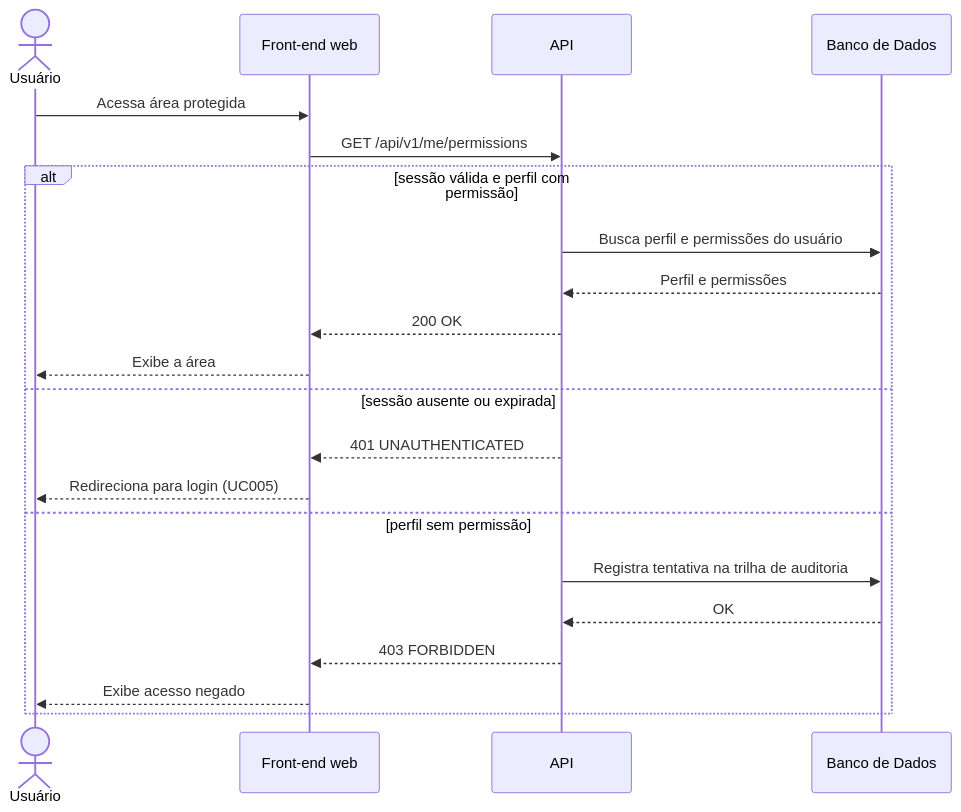
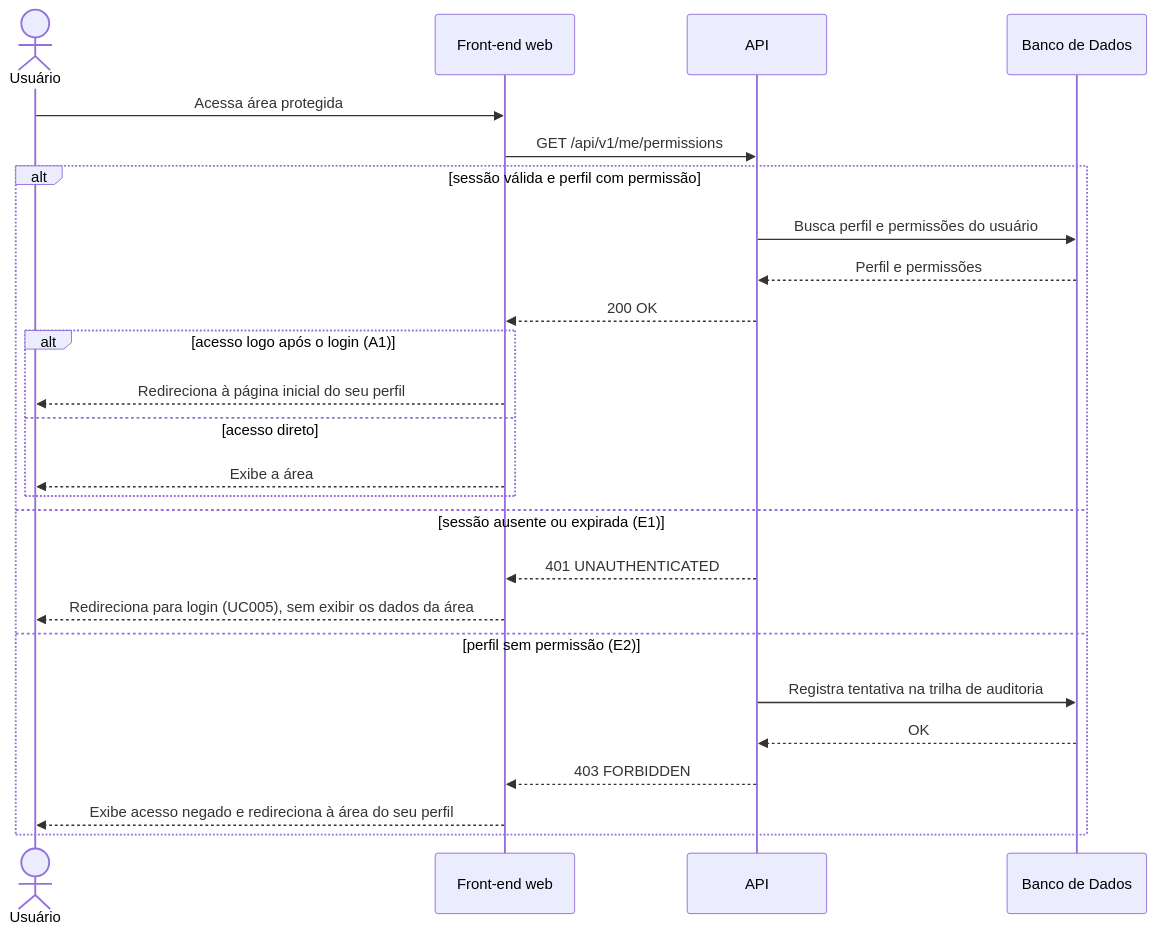
The diagram in docs/ssd/UC016-acessar-area-protegida-por-perfil.md (Plataforma-de-Cursos-TCC/plataforma-cursos-docs), drawn with Mermaid before and after one commit. The commit also changed other lines of this file and 17 other files, not shown here.

````diff
--- a/docs/ssd/UC016-acessar-area-protegida-por-perfil.md
+++ b/docs/ssd/UC016-acessar-area-protegida-por-perfil.md
@@ -5,24 +5,28 @@
 ```mermaid
 sequenceDiagram
     actor Usuário
     participant FE as Front-end web
     participant API
     participant DB as Banco de Dados
 
     Usuário->>FE: Acessa área protegida
     FE->>API: GET /api/v1/me/permissions
     alt sessão válida e perfil com permissão
         API->>DB: Busca perfil e permissões do usuário
         DB-->>API: Perfil e permissões
         API-->>FE: 200 OK
-        FE-->>Usuário: Exibe a área
-    else sessão ausente ou expirada
+        alt acesso logo após o login (A1)
+            FE-->>Usuário: Redireciona à página inicial do seu perfil
+        else acesso direto
+            FE-->>Usuário: Exibe a área
+        end
+    else sessão ausente ou expirada (E1)
         API-->>FE: 401 UNAUTHENTICATED
-        FE-->>Usuário: Redireciona para login (UC005)
-    else perfil sem permissão
+        FE-->>Usuário: Redireciona para login (UC005), sem exibir os dados da área
+    else perfil sem permissão (E2)
         API->>DB: Registra tentativa na trilha de auditoria
         DB-->>API: OK
         API-->>FE: 403 FORBIDDEN
-        FE-->>Usuário: Exibe acesso negado
+        FE-->>Usuário: Exibe acesso negado e redireciona à área do seu perfil
     end
 ```
````
